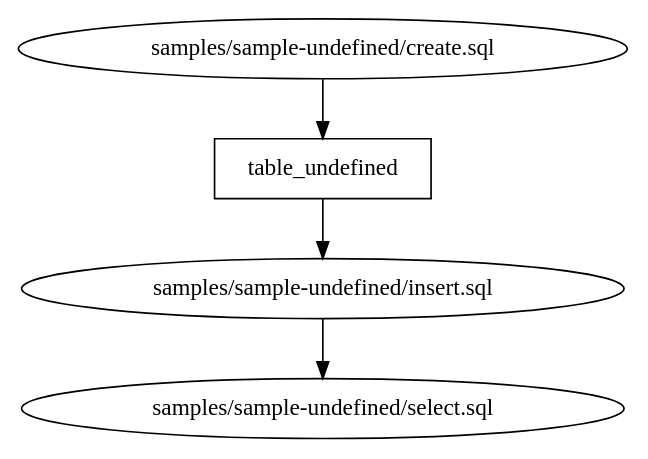
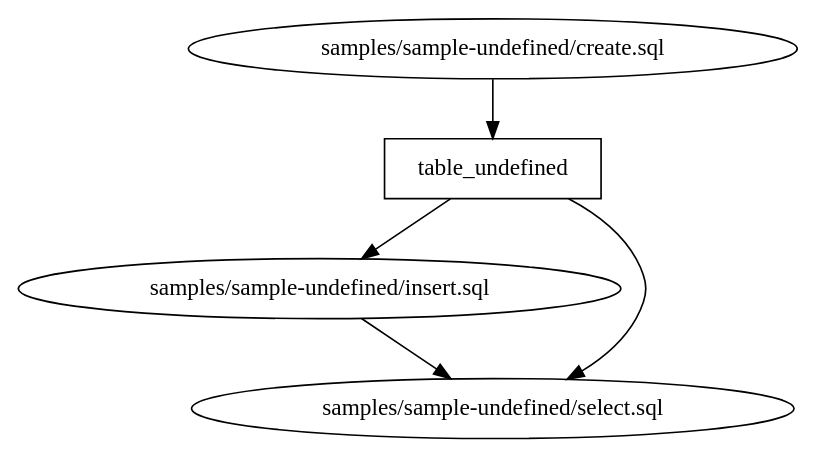
The diagram in samples/sample-undefined/side_effect_first_with_tables/dag.dot (Matts966/alphasql), drawn with Graphviz before and after one commit. The commit also changed 20 other files, not shown here.

```diff
--- a/samples/sample-undefined/side_effect_first_with_tables/dag.dot
+++ b/samples/sample-undefined/side_effect_first_with_tables/dag.dot
@@ -1,9 +1,10 @@
 digraph G {
 0 [label="samples/sample-undefined/create.sql", shape="", type=query];
 1 [label="samples/sample-undefined/insert.sql", shape="", type=query];
 2 [label="samples/sample-undefined/select.sql", shape="", type=query];
 3 [label=table_undefined, shape=box, type=table];
 0->3 ;
 1->2 ;
 3->1 ;
+3->2 ;
 }
```
